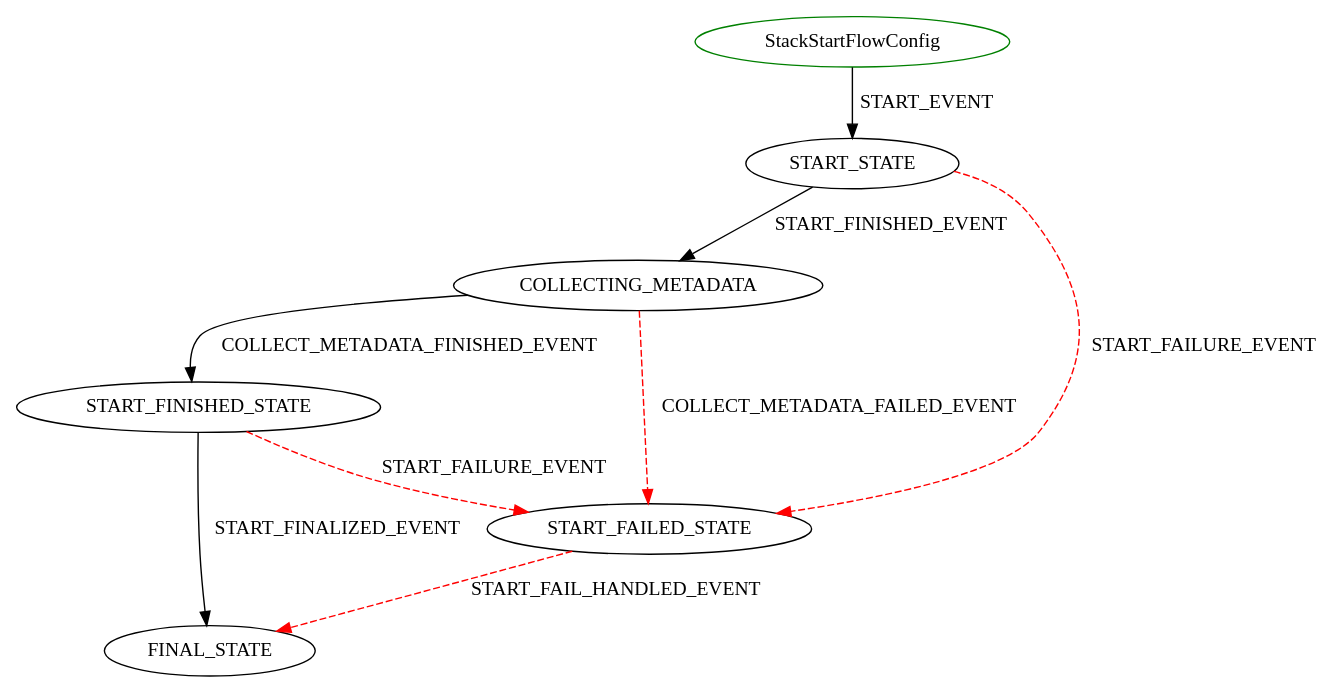
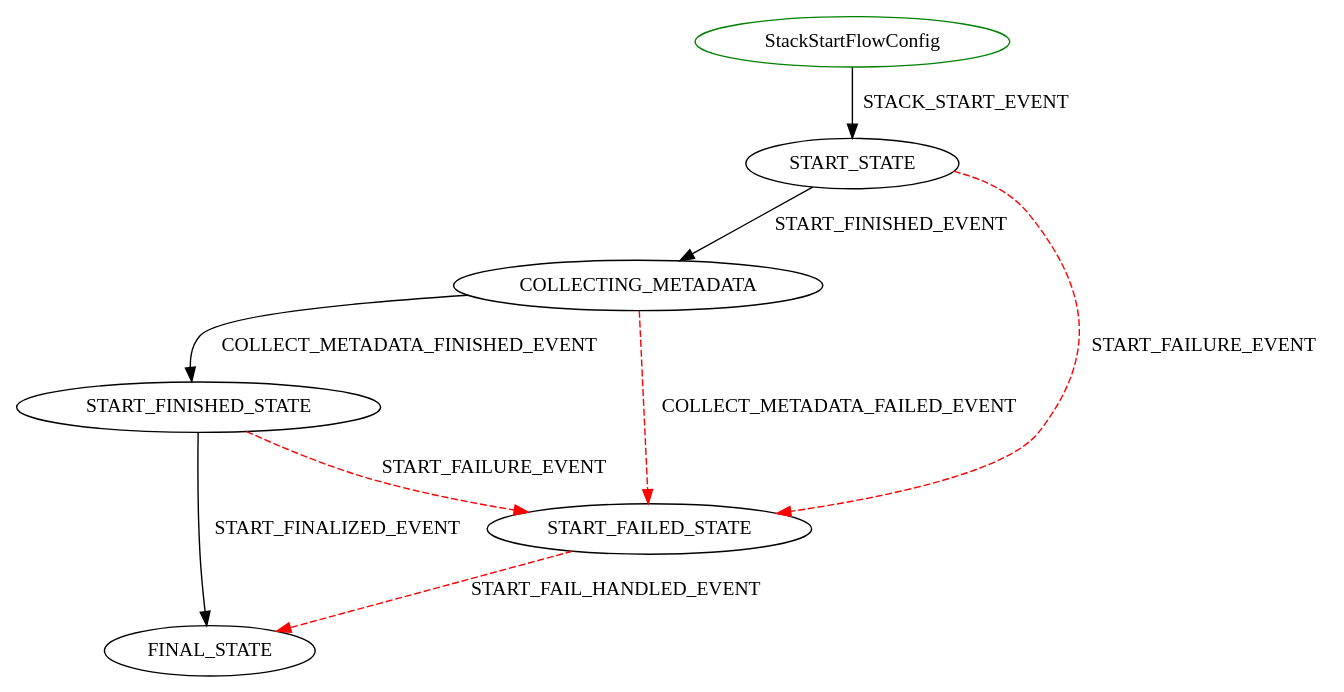
Before and after one commit to sequenceiq/cloudbreak-docs: the diagram in docs/diagrams/StackStartFlowConfig.dot, drawn with Graphviz. The commit also changed 3 other files, not shown here.

Commit message:
CLOUD-58085 Update flow graphs

```diff
--- a/docs/diagrams/StackStartFlowConfig.dot
+++ b/docs/diagrams/StackStartFlowConfig.dot
@@ -1,11 +1,11 @@
 digraph {
 INIT_STATE [label="StackStartFlowConfig" shape=ellipse color=green];
-INIT_STATE -> START_STATE [label="START_EVENT" color=black style=solid];
+INIT_STATE -> START_STATE [label="STACK_START_EVENT" color=black style=solid];
 START_STATE -> COLLECTING_METADATA [label="START_FINISHED_EVENT" color=black style=solid];
 START_STATE -> START_FAILED_STATE [label="START_FAILURE_EVENT" color=red style=dashed];
 START_FAILED_STATE -> FINAL_STATE [label="START_FAIL_HANDLED_EVENT" color=red style=dashed];
 COLLECTING_METADATA -> START_FINISHED_STATE [label="COLLECT_METADATA_FINISHED_EVENT" color=black style=solid];
 COLLECTING_METADATA -> START_FAILED_STATE [label="COLLECT_METADATA_FAILED_EVENT" color=red style=dashed];
 START_FINISHED_STATE -> FINAL_STATE [label="START_FINALIZED_EVENT" color=black style=solid];
 START_FINISHED_STATE -> START_FAILED_STATE [label="START_FAILURE_EVENT" color=red style=dashed];
 }
```
